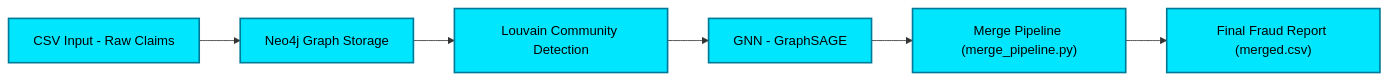
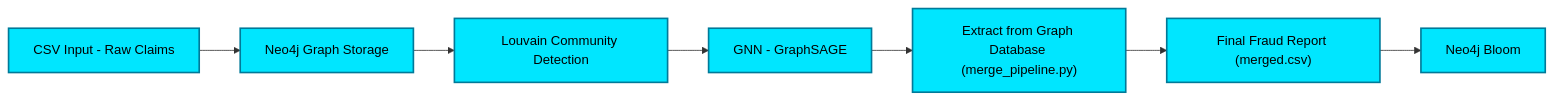
One commit to ahnafyura/BPJS-Fraud-Detection-GNN changed the diagram in README.md. Above: the diagram before and after it, drawn with Mermaid.

````diff
--- a/README.md
+++ b/README.md
@@ -107,24 +107,25 @@
 ```mermaid
 flowchart LR
   %% nodes (single horizontal path)
   CSV["CSV Input - Raw Claims"]
   NEO4J["Neo4j Graph Storage"]
   LOUV["Louvain Community Detection"]
   GNN["GNN - GraphSAGE"]
-  MERGE["Merge Pipeline (merge_pipeline.py)"]
+  MERGE["Extract from Graph Database (merge_pipeline.py)"]
   REPORT["Final Fraud Report (merged.csv)"]
+  VISUALIZATION["Neo4j Bloom"]
 
   %% connections (left -> right)
-  CSV --> NEO4J --> LOUV --> GNN --> MERGE --> REPORT
+  CSV --> NEO4J --> LOUV --> GNN --> MERGE --> REPORT --> VISUALIZATION
 
   %% styling - blue neon for each box
   style CSV fill:#00e6ff,stroke:#007a99,stroke-width:2px,color:#000
   style NEO4J fill:#00e6ff,stroke:#007a99,stroke-width:2px,color:#000
   style LOUV fill:#00e6ff,stroke:#007a99,stroke-width:2px,color:#000
   style GNN fill:#00e6ff,stroke:#007a99,stroke-width:2px,color:#000
   style MERGE fill:#00e6ff,stroke:#007a99,stroke-width:2px,color:#000
   style REPORT fill:#00e6ff,stroke:#007a99,stroke-width:2px,color:#000
-
+  style VISUALIZATION fill:#00e6ff,stroke:#007a99,stroke-width:2px,color:#000
 
 
 ```
````
